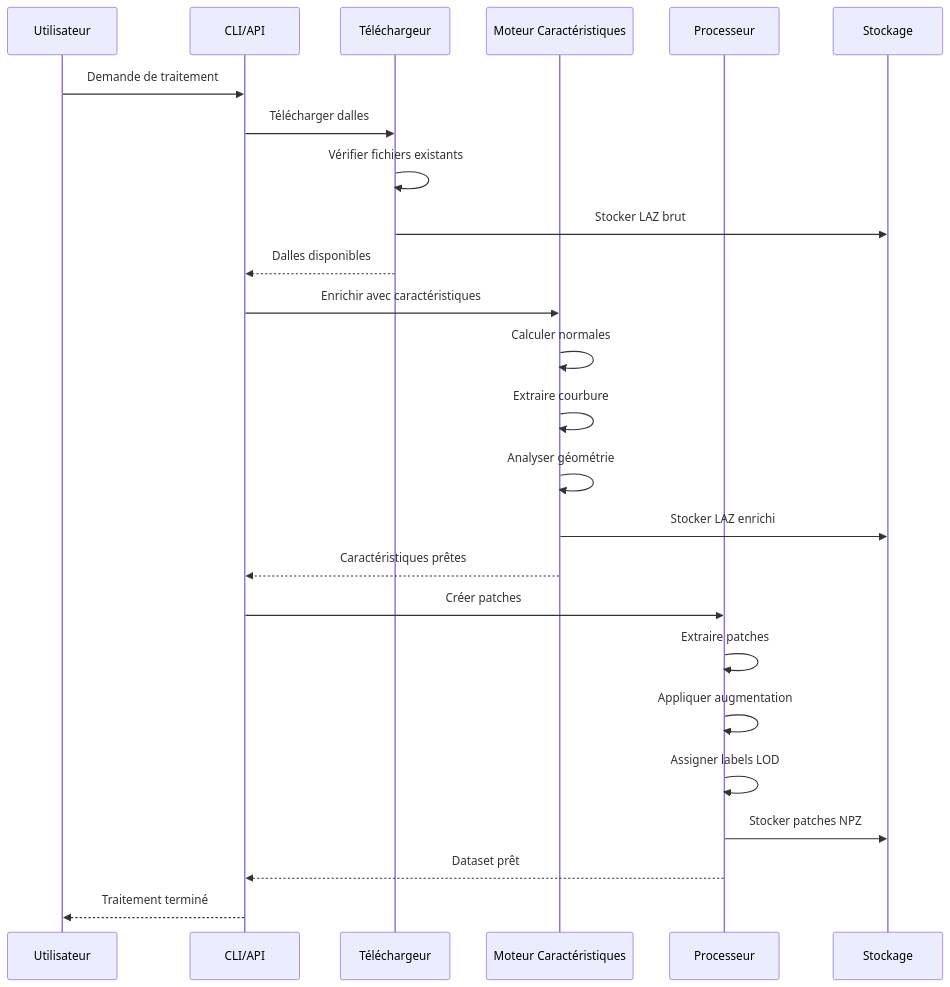
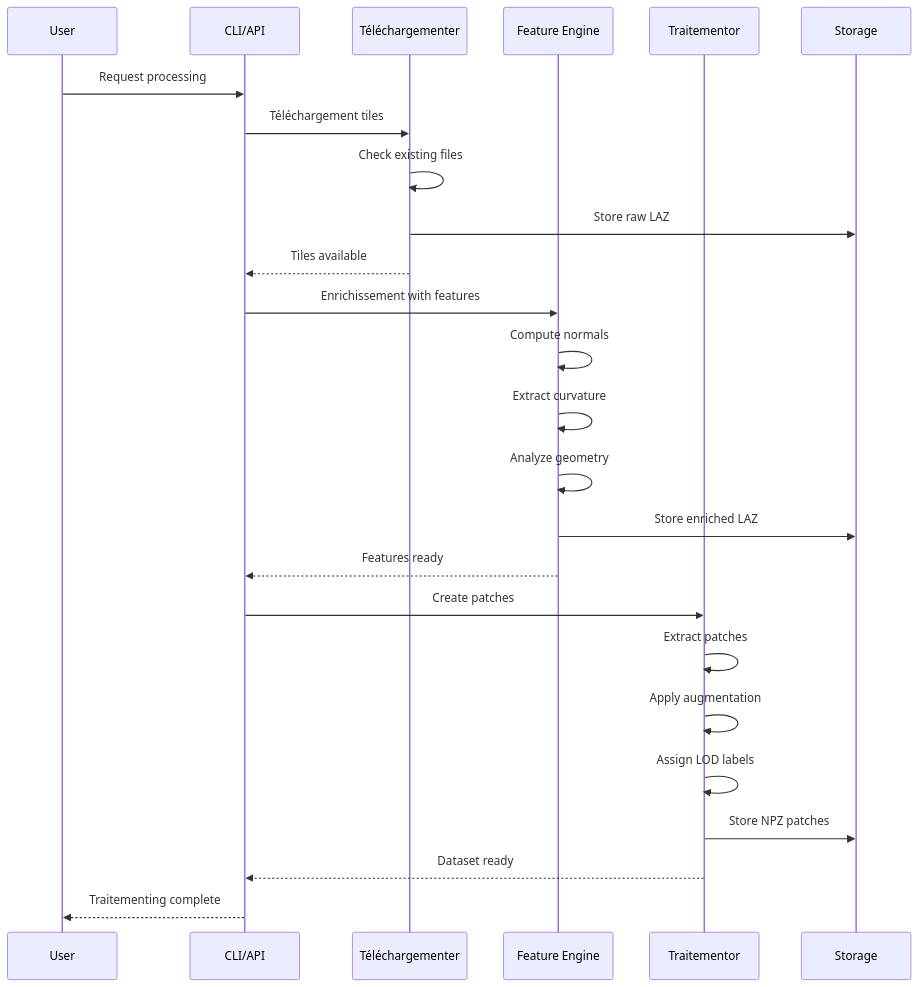
One commit to sducournau/IGN_LIDAR_HD_DATASET changed the second of 4 diagrams in website/i18n/fr/docusaurus-plugin-content-docs/current/architecture.md. Above: the diagram before and after it, drawn with Mermaid. The commit also changed other lines of this file and 42 other files, not shown here.

````diff
--- a/website/i18n/fr/docusaurus-plugin-content-docs/current/architecture.md
+++ b/website/i18n/fr/docusaurus-plugin-content-docs/current/architecture.md
@@ -65,30 +65,30 @@
 ```mermaid
 sequenceDiagram
-    participant U as Utilisateur
+    participant U as User
     participant C as CLI/API
-    participant D as Téléchargeur
-    participant F as Moteur Caractéristiques
-    participant P as Processeur
-    participant S as Stockage
+    participant D as Téléchargementer
+    participant F as Feature Engine
+    participant P as Traitementor
+    participant S as Storage
 
-    U->>C: Demande de traitement
-    C->>D: Télécharger dalles
-    D->>D: Vérifier fichiers existants
-    D->>S: Stocker LAZ brut
-    D-->>C: Dalles disponibles
+    U->>C: Request processing
+    C->>D: Téléchargement tiles
+    D->>D: Check existing files
+    D->>S: Store raw LAZ
+    D-->>C: Tiles available
 
-    C->>F: Enrichir avec caractéristiques
-    F->>F: Calculer normales
-    F->>F: Extraire courbure
-    F->>F: Analyser géométrie
-    F->>S: Stocker LAZ enrichi
-    F-->>C: Caractéristiques prêtes
+    C->>F: Enrichissement with features
+    F->>F: Compute normals
+    F->>F: Extract curvature
+    F->>F: Analyze geometry
+    F->>S: Store enriched LAZ
+    F-->>C: Features ready
 
-    C->>P: Créer patches
-    P->>P: Extraire patches
-    P->>P: Appliquer augmentation
-    P->>P: Assigner labels LOD
-    P->>S: Stocker patches NPZ
-    P-->>C: Dataset prêt
-    C-->>U: Traitement terminé
+    C->>P: Create patches
+    P->>P: Extract patches
+    P->>P: Apply augmentation
+    P->>P: Assign LOD labels
+    P->>S: Store NPZ patches
+    P-->>C: Dataset ready
+    C-->>U: Traitementing complete
 ```
````
